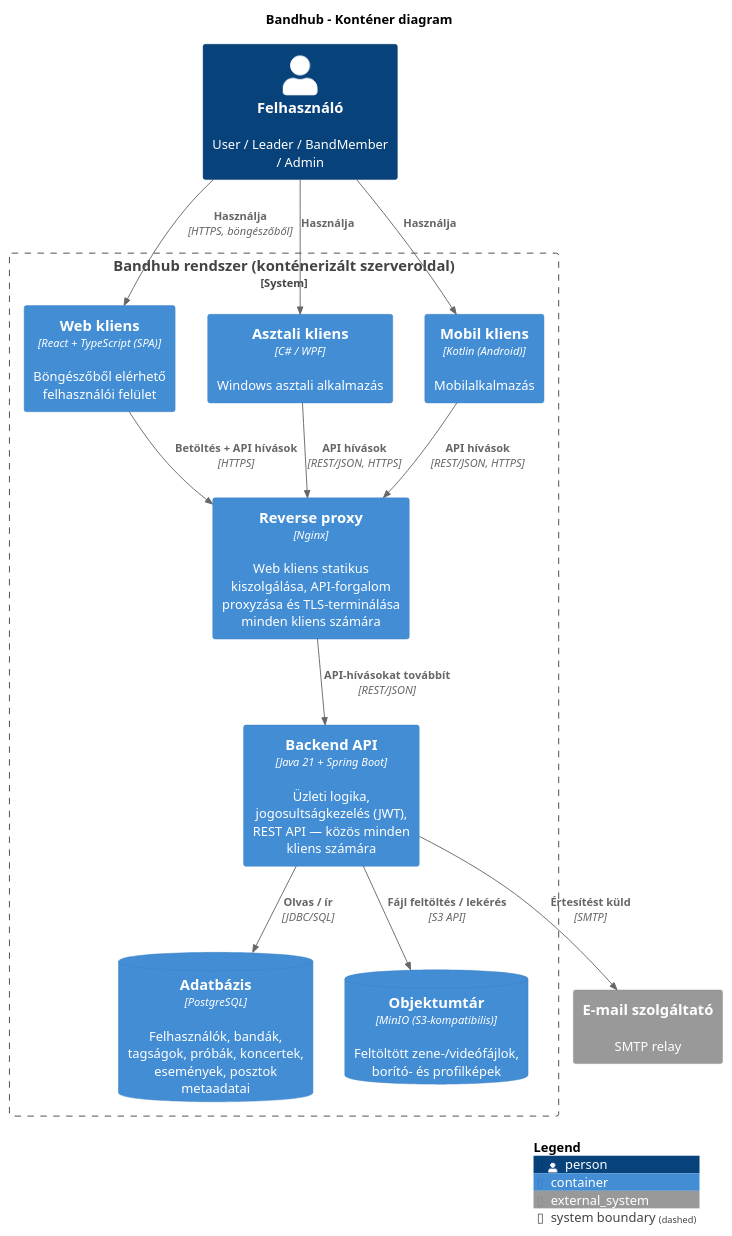
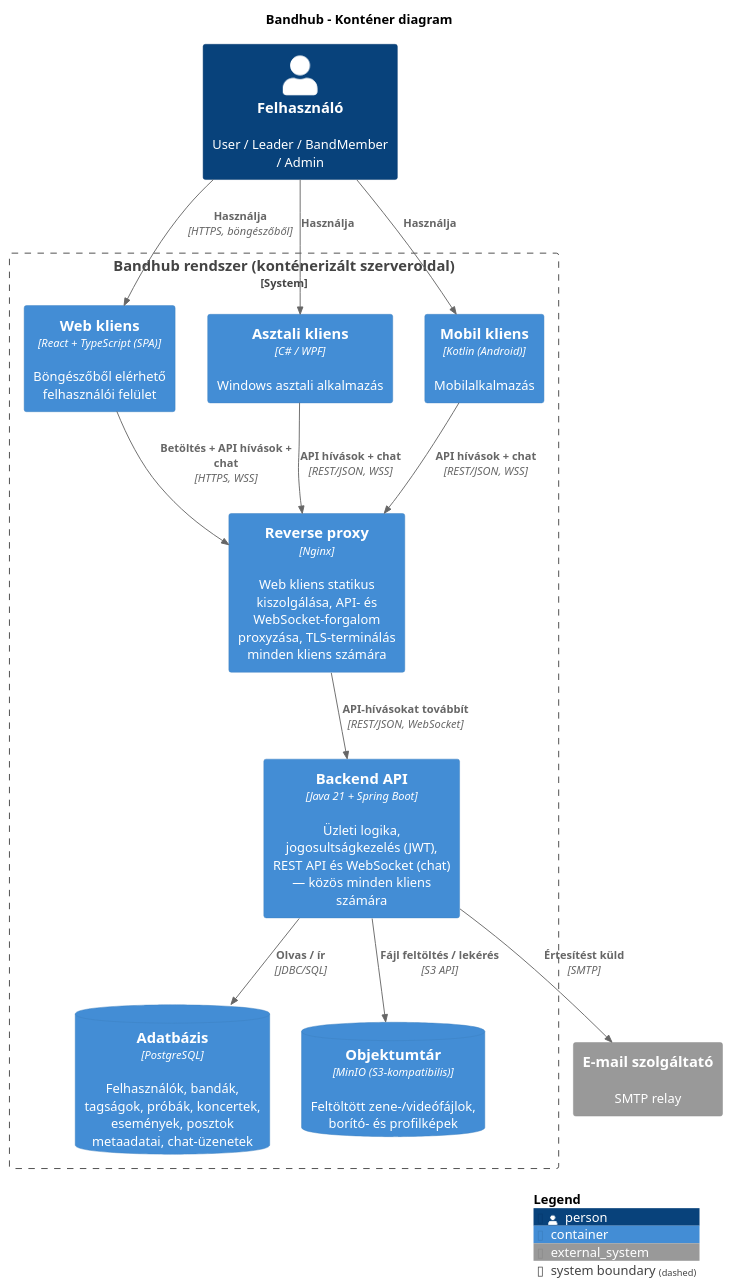
The second of 4 diagrams in diagrams/c4.puml (Kiyo200/BegBand), drawn with PlantUML before and after one commit. The commit also changed other lines of this file and 12 other files, not shown here.

```diff
--- a/diagrams/c4.puml
+++ b/diagrams/c4.puml
@@ -26,34 +26,34 @@
 @startuml C4_Container
 !include <C4/C4_Container>
 
 title Bandhub - Konténer diagram
 
 Person(user, "Felhasználó", "User / Leader / BandMember / Admin")
 
 System_Boundary(bandhub, "Bandhub rendszer (konténerizált szerveroldal)") {
     Container(web, "Web kliens", "React + TypeScript (SPA)", "Böngészőből elérhető felhasználói felület")
     Container(desktop, "Asztali kliens", "C# / WPF", "Windows asztali alkalmazás")
     Container(mobile, "Mobil kliens", "Kotlin (Android)", "Mobilalkalmazás")
-    Container(nginx, "Reverse proxy", "Nginx", "Web kliens statikus kiszolgálása, API-forgalom proxyzása és TLS-terminálása minden kliens számára")
-    Container(backend, "Backend API", "Java 21 + Spring Boot", "Üzleti logika, jogosultságkezelés (JWT), REST API — közös minden kliens számára")
-    ContainerDb(db, "Adatbázis", "PostgreSQL", "Felhasználók, bandák, tagságok, próbák, koncertek, események, posztok metaadatai")
+    Container(nginx, "Reverse proxy", "Nginx", "Web kliens statikus kiszolgálása, API- és WebSocket-forgalom proxyzása, TLS-terminálás minden kliens számára")
+    Container(backend, "Backend API", "Java 21 + Spring Boot", "Üzleti logika, jogosultságkezelés (JWT), REST API és WebSocket (chat) — közös minden kliens számára")
+    ContainerDb(db, "Adatbázis", "PostgreSQL", "Felhasználók, bandák, tagságok, próbák, koncertek, események, posztok metaadatai, chat-üzenetek")
     ContainerDb(storage, "Objektumtár", "MinIO (S3-kompatibilis)", "Feltöltött zene-/videófájlok, borító- és profilképek")
 }
 
 System_Ext(email, "E-mail szolgáltató", "SMTP relay")
 
 Rel(user, web, "Használja", "HTTPS, böngészőből")
 Rel(user, desktop, "Használja")
 Rel(user, mobile, "Használja")
 
-Rel(web, nginx, "Betöltés + API hívások", "HTTPS")
-Rel(desktop, nginx, "API hívások", "REST/JSON, HTTPS")
-Rel(mobile, nginx, "API hívások", "REST/JSON, HTTPS")
-Rel(nginx, backend, "API-hívásokat továbbít", "REST/JSON")
+Rel(web, nginx, "Betöltés + API hívások + chat", "HTTPS, WSS")
+Rel(desktop, nginx, "API hívások + chat", "REST/JSON, WSS")
+Rel(mobile, nginx, "API hívások + chat", "REST/JSON, WSS")
+Rel(nginx, backend, "API-hívásokat továbbít", "REST/JSON, WebSocket")
 
 Rel(backend, db, "Olvas / ír", "JDBC/SQL")
 Rel(backend, storage, "Fájl feltöltés / lekérés", "S3 API")
 Rel(backend, email, "Értesítést küld", "SMTP")
 
 SHOW_LEGEND()
 @enduml
```
